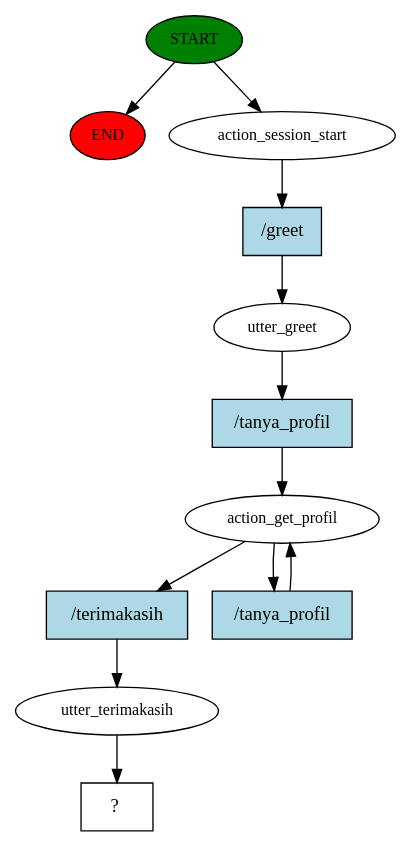
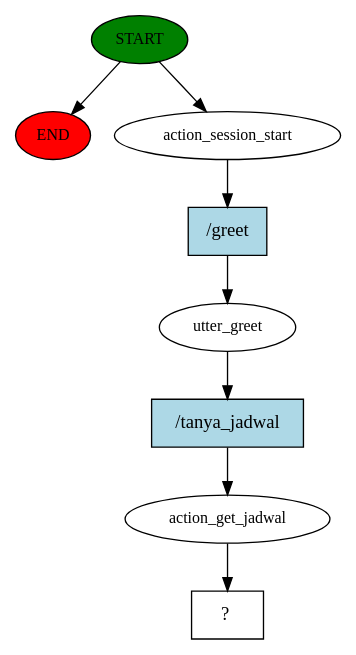
The diagram in story_graph.dot (Ardika000/RASA-AI-DITA_BOT), drawn with Graphviz before and after one commit. The commit also changed 5 other files, not shown here.

```diff
--- a/story_graph.dot
+++ b/story_graph.dot
@@ -1,24 +1,17 @@
 digraph  {
 0 [class="start active", fillcolor=green, fontsize=12, label=START, style=filled];
 "-1" [class=end, fillcolor=red, fontsize=12, label=END, style=filled];
 1 [class=active, fontsize=12, label=action_session_start];
 2 [class=active, fontsize=12, label=utter_greet];
-3 [class=active, fontsize=12, label=action_get_profil];
-5 [class=active, fontsize=12, label=utter_terimakasih];
-6 [class="intent dashed active", label="  ?  ", shape=rect];
-7 [class="intent active", fillcolor=lightblue, label="/greet", shape=rect, style=filled];
-8 [class="intent active", fillcolor=lightblue, label="/tanya_profil", shape=rect, style=filled];
-9 [class="intent active", fillcolor=lightblue, label="/terimakasih", shape=rect, style=filled];
-10 [class="intent active", fillcolor=lightblue, label="/tanya_profil", shape=rect, style=filled];
+3 [class=active, fontsize=12, label=action_get_jadwal];
+4 [class="intent dashed active", label="  ?  ", shape=rect];
+5 [class="intent active", fillcolor=lightblue, label="/greet", shape=rect, style=filled];
+6 [class="intent active", fillcolor=lightblue, label="/tanya_jadwal", shape=rect, style=filled];
 0 -> "-1"  [class="", key=NONE, label=""];
 0 -> 1  [class=active, key=NONE, label=""];
-1 -> 7  [class=active, key=0];
-2 -> 8  [class=active, key=0];
-3 -> 9  [class=active, key=0];
-3 -> 10  [class=active, key=0];
-5 -> 6  [class=active, key=NONE, label=""];
-7 -> 2  [class=active, key=0];
-8 -> 3  [class=active, key=0];
-9 -> 5  [class=active, key=0];
-10 -> 3  [class=active, key=0];
+1 -> 5  [class=active, key=0];
+2 -> 6  [class=active, key=0];
+3 -> 4  [class=active, key=NONE, label=""];
+5 -> 2  [class=active, key=0];
+6 -> 3  [class=active, key=0];
 }
```
